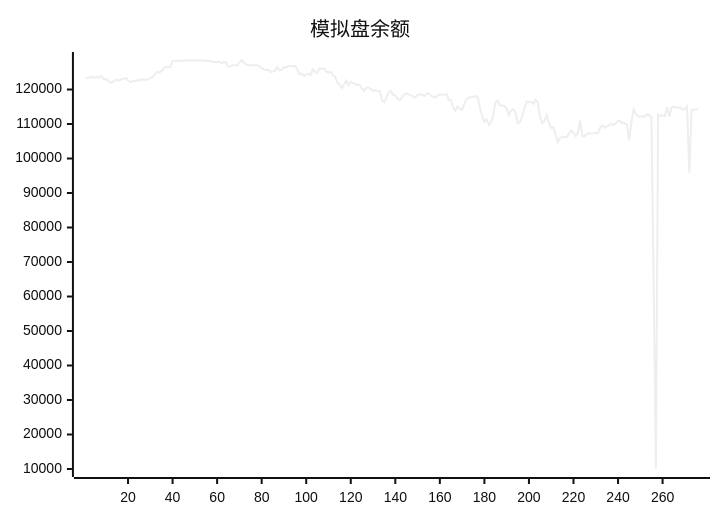
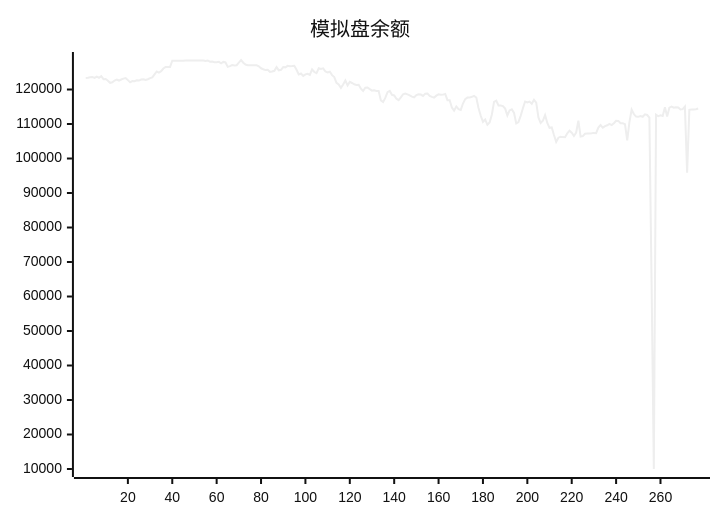
One commit to aahl/ai-trading changed the diagram in README.md. Above: the diagram before and after it, drawn with Mermaid (neutral theme). The commit also changed other lines of this file and 1 other file, not shown here.

````diff
--- a/README.md
+++ b/README.md
@@ -5,5 +5,5 @@
 ```mermaid
 xychart
     title "模拟盘余额"
-    line [123338,123402,123530,123592,123378,123745,123413,123853,123009,123040,122557,121938,122095,122599,122856,122597,122898,123160,123319,122719,122087,122454,122416,122685,122592,122907,122961,122776,122981,123295,123507,124403,125224,124894,125303,126088,126544,126534,126549,128335,128318,128318,128318,128318,128318,128424,128424,128424,128424,128424,128424,128424,128424,128424,128247,128412,128062,128087,127917,127901,128026,127611,128000,127850,126572,126770,127100,126971,127029,127783,128554,127765,127224,127064,127044,127009,127025,127004,126738,126152,125871,125635,125707,125117,125217,125420,126480,125545,125715,126511,126424,126856,126764,126788,126890,125710,124381,124632,123936,124402,124574,124256,125833,125070,124739,126154,125966,126145,125213,124943,125143,124157,123604,121959,121476,120476,121470,122610,121201,122221,121889,121522,121332,121344,120232,119559,120513,120577,120108,119680,119777,119572,119568,116839,116392,117573,119250,119585,118469,118277,117338,116897,117706,118628,118849,118579,118280,117926,117735,118373,118639,118544,118136,118798,118819,118162,117874,117649,118215,118601,118463,118517,118713,116911,116899,114798,113887,115084,114313,114091,115934,117221,117658,117658,117883,118164,117693,114632,112403,110644,111313,109777,110444,112673,116419,116772,115355,115355,115198,114476,112510,113954,114276,113223,110151,110561,112361,114562,116522,116265,116500,115845,117000,116199,111887,110306,110942,112588,110318,108891,109011,106814,104811,106038,106327,106201,106180,107315,108068,107463,106528,107530,110941,106346,106482,107161,107268,107270,107302,107426,107340,108985,109681,108962,109404,109645,110030,109680,110214,110918,110897,110215,110212,109962,105235,110525,114151,112895,112137,112083,112329,112094,112784,112613,111829,63445,10000,112734,112268,112496,112313,114832,112156,114730,115058,114728,114866,114804,114208,114302,115037,95891,114128,114227,114228,114267]
+    line [123338,123402,123530,123592,123378,123745,123413,123853,123009,123040,122557,121938,122095,122599,122856,122597,122898,123160,123319,122719,122087,122454,122416,122685,122592,122907,122961,122776,122981,123295,123507,124403,125224,124894,125303,126088,126544,126534,126549,128335,128318,128318,128318,128318,128318,128424,128424,128424,128424,128424,128424,128424,128424,128424,128247,128412,128062,128087,127917,127901,128026,127611,128000,127850,126572,126770,127100,126971,127029,127783,128554,127765,127224,127064,127044,127009,127025,127004,126738,126152,125871,125635,125707,125117,125217,125420,126480,125545,125715,126511,126424,126856,126764,126788,126890,125710,124381,124632,123936,124402,124574,124256,125833,125070,124739,126154,125966,126145,125213,124943,125143,124157,123604,121959,121476,120476,121470,122610,121201,122221,121889,121522,121332,121344,120232,119559,120513,120577,120108,119680,119777,119572,119568,116839,116392,117573,119250,119585,118469,118277,117338,116897,117706,118628,118849,118579,118280,117926,117735,118373,118639,118544,118136,118798,118819,118162,117874,117649,118215,118601,118463,118517,118713,116911,116899,114798,113887,115084,114313,114091,115934,117221,117658,117658,117883,118164,117693,114632,112403,110644,111313,109777,110444,112673,116419,116772,115355,115355,115198,114476,112510,113954,114276,113223,110151,110561,112361,114562,116522,116265,116500,115845,117000,116199,111887,110306,110942,112588,110318,108891,109011,106814,104811,106038,106327,106201,106180,107315,108068,107463,106528,107530,110941,106346,106482,107161,107268,107270,107302,107426,107340,108985,109681,108962,109404,109645,110030,109680,110214,110918,110897,110215,110212,109962,105235,110525,114151,112895,112137,112083,112329,112094,112784,112613,111829,63445,10000,112734,112268,112496,112313,114832,112156,114730,115058,114728,114866,114804,114208,114302,115037,95891,114128,114227,114228,114267,114494]
 ```
````
